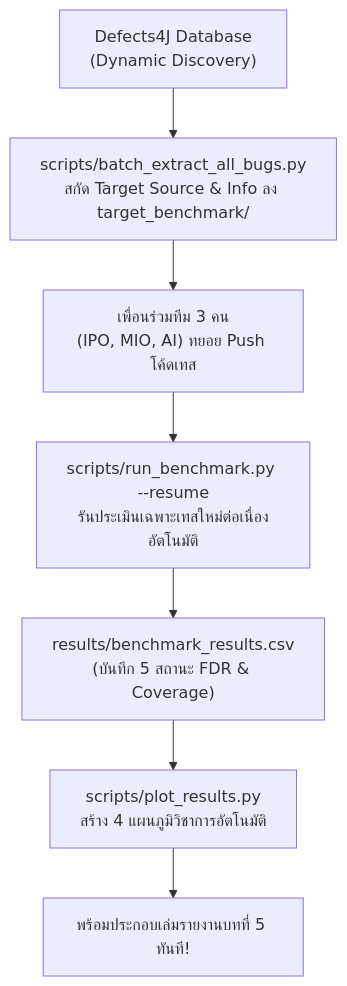
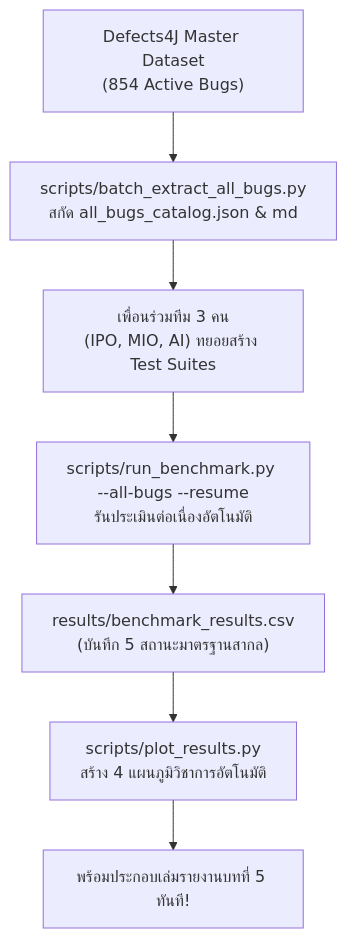
The fifth of 5 diagrams in TEAM_WORKFLOW_GUIDE.md (Bigzzz0/ProjectSQA), drawn with Mermaid before and after one commit. The commit also changed other lines of this file and 13 other files, not shown here.

First line of the commit message:
feat(infra): add all-bugs catalog, target class extractor, and 5-status benchmark runner

````diff
--- a/TEAM_WORKFLOW_GUIDE.md
+++ b/TEAM_WORKFLOW_GUIDE.md
@@ -742,9 +852,9 @@
 ```mermaid
 flowchart TD
-    D4J["Defects4J Database<br/>(Dynamic Discovery)"] --> BatchExt["scripts/batch_extract_all_bugs.py<br/>สกัด Target Source & Info ลง target_benchmark/"]
-    BatchExt --> Teammates["เพื่อนร่วมทีม 3 คน<br/>(IPO, MIO, AI) ทยอย Push โค้ดเทส"]
-    Teammates --> AutoBench["scripts/run_benchmark.py --resume<br/>รันประเมินเฉพาะเทสใหม่ต่อเนื่องอัตโนมัติ"]
-    AutoBench --> ResultCSV["results/benchmark_results.csv<br/>(บันทึก 5 สถานะ FDR & Coverage)"]
+    D4J["Defects4J Master Dataset<br/>(854 Active Bugs)"] --> BatchExt["scripts/batch_extract_all_bugs.py<br/>สกัด all_bugs_catalog.json & md"]
+    BatchExt --> Teammates["เพื่อนร่วมทีม 3 คน<br/>(IPO, MIO, AI) ทยอยสร้าง Test Suites"]
+    Teammates --> AutoBench["scripts/run_benchmark.py --all-bugs --resume<br/>รันประเมินต่อเนื่องอัตโนมัติ"]
+    AutoBench --> ResultCSV["results/benchmark_results.csv<br/>(บันทึก 5 สถานะมาตรฐานสากล)"]
     ResultCSV --> Plotter["scripts/plot_results.py<br/>สร้าง 4 แผนภูมิวิชาการอัตโนมัติ"]
     Plotter --> Report["พร้อมประกอบเล่มรายงานบทที่ 5 ทันที!"]
 ```
````
